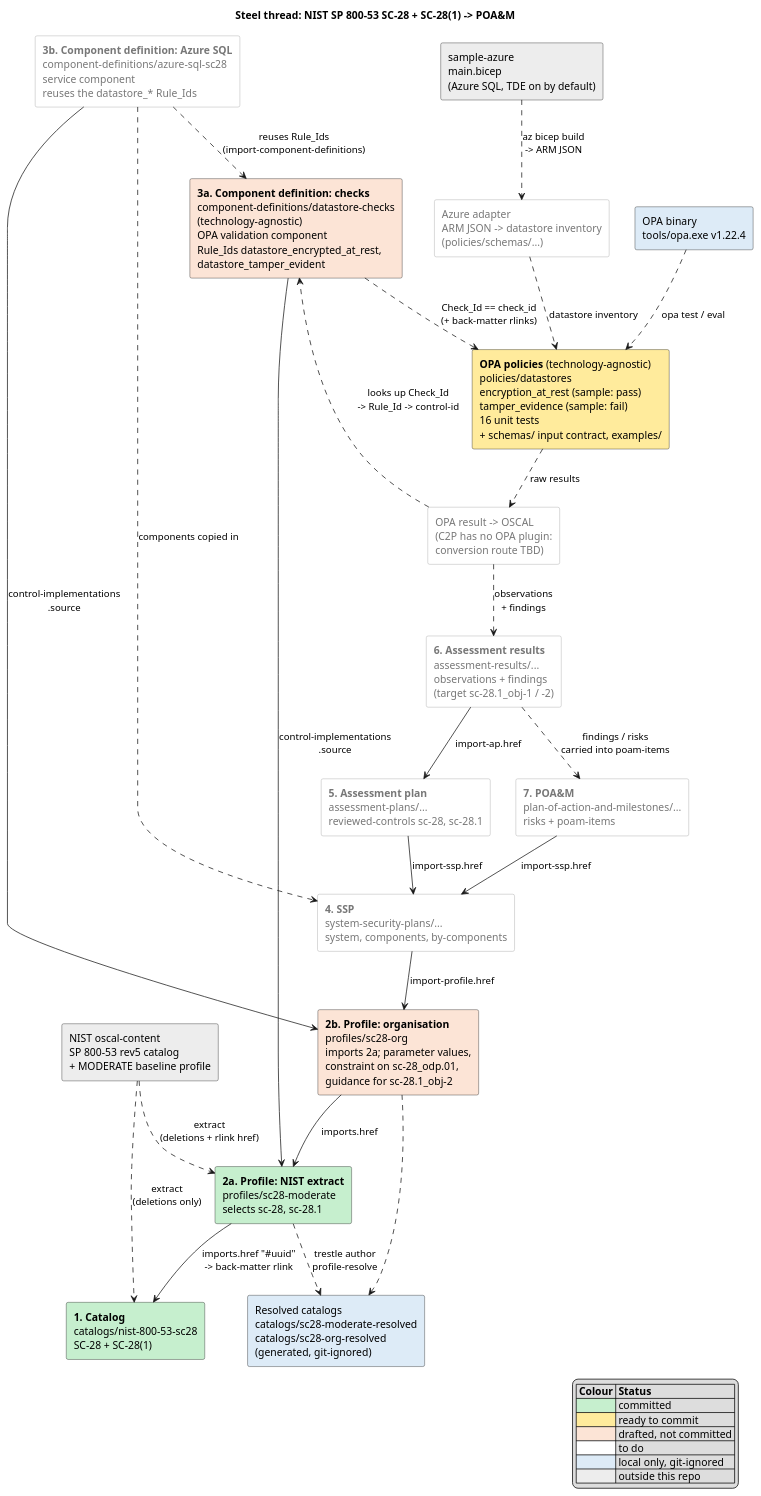
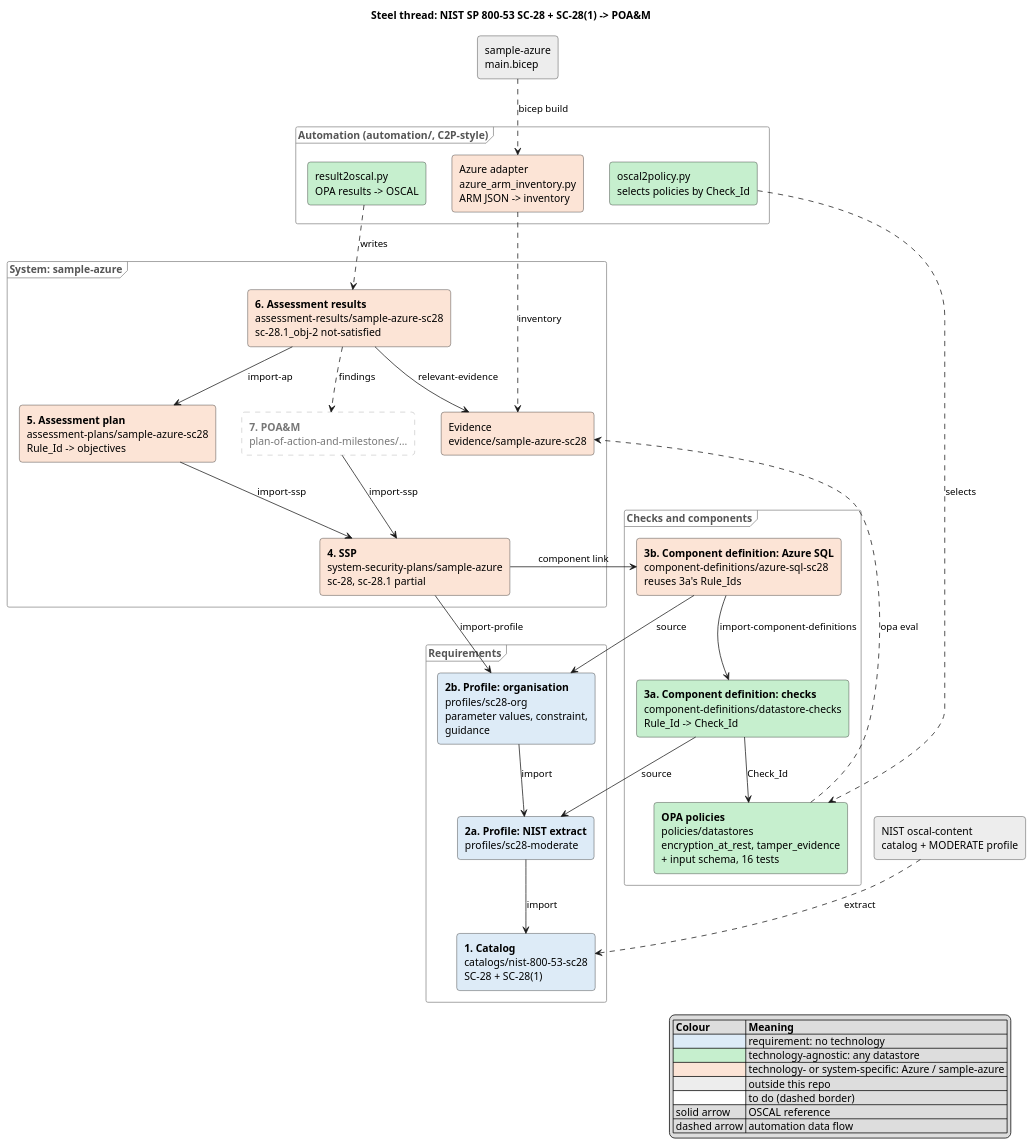
The diagram in diagrams/steel-thread.puml (wolffy-au/frictionless-sample-oscal), drawn with PlantUML before and after one commit.

Commit message:
Redraw steel thread diagram by layer
Colour shows requirement / technology-agnostic / Azure-specific; frames
show role; step 7 (POA&M) is marked to do. Commit-status colours and
local-only boxes removed.

```diff
--- a/diagrams/steel-thread.puml
+++ b/diagrams/steel-thread.puml
@@ -1,75 +1,88 @@
 @startuml steel-thread
-' Overview of the SC-28 / SC-28(1) steel thread: one box per artefact,
-' arrows = the OSCAL field that points each artefact at the previous one.
-' Update the <<status>> of each box as steps are committed.
+' Overview of the SC-28 / SC-28(1) steel thread.
+' Fill colour = how technology-specific a box is; frames = role.
+' Solid arrows are OSCAL references (the field named on the arrow);
+' dashed arrows are automation data flow.
+' Boxes not implemented yet use <<todo>> (white, grey dashed border).
+' Commit status is not shown: see git.
 title Steel thread: NIST SP 800-53 SC-28 + SC-28(1) -> POA&M
-hide circle
 hide stereotype
 skinparam rectangle {
-  BackgroundColor<<committed>> #C6EFCE
-  BackgroundColor<<ready>> #FFEB9C
-  BackgroundColor<<draft>> #FCE4D6
+  RoundCorner 8
+  BackgroundColor<<requirement>> #DDEBF7
+  BackgroundColor<<agnostic>> #C6EFCE
+  BackgroundColor<<specific>> #FCE4D6
+  BackgroundColor<<external>> #EDEDED
   BackgroundColor<<todo>> #FFFFFF
-  BackgroundColor<<external>> #EDEDED
-  BackgroundColor<<generated>> #DDEBF7
   BorderColor<<todo>> #999999
+  BorderStyle<<todo>> dashed
   FontColor<<todo>> #777777
+}
+skinparam frame {
+  BorderColor #888888
+  FontColor #555555
 }
 
 legend right
-  |= Colour |= Status |
-  |<#C6EFCE>| committed |
-  |<#FFEB9C>| ready to commit |
-  |<#FCE4D6>| drafted, not committed |
-  |<#FFFFFF>| to do |
-  |<#DDEBF7>| local only, git-ignored |
+  |= Colour |= Meaning |
+  |<#DDEBF7>| requirement: no technology |
+  |<#C6EFCE>| technology-agnostic: any datastore |
+  |<#FCE4D6>| technology- or system-specific: Azure / sample-azure |
   |<#EDEDED>| outside this repo |
+  |<#FFFFFF>| to do (dashed border) |
+  | solid arrow | OSCAL reference |
+  | dashed arrow | automation data flow |
 endlegend
 
-' ---- sources outside the repo ----
-rectangle "NIST oscal-content\nSP 800-53 rev5 catalog\n+ MODERATE baseline profile" as nist <<external>>
-rectangle "sample-azure\nmain.bicep\n(Azure SQL, TDE on by default)" as bicep <<external>>
+frame "Requirements" {
+  rectangle "**1. Catalog**\ncatalogs/nist-800-53-sc28\nSC-28 + SC-28(1)" as cat <<requirement>>
+  rectangle "**2a. Profile: NIST extract**\nprofiles/sc28-moderate" as prof <<requirement>>
+  rectangle "**2b. Profile: organisation**\nprofiles/sc28-org\nparameter values, constraint,\nguidance" as org <<requirement>>
+}
 
-' ---- OSCAL artefacts ----
-rectangle "**1. Catalog**\ncatalogs/nist-800-53-sc28\nSC-28 + SC-28(1)" as cat <<committed>>
-rectangle "**2a. Profile: NIST extract**\nprofiles/sc28-moderate\nselects sc-28, sc-28.1" as prof <<committed>>
-rectangle "**2b. Profile: organisation**\nprofiles/sc28-org\nimports 2a; parameter values,\nconstraint on sc-28_odp.01,\nguidance for sc-28.1_obj-2" as org <<draft>>
-rectangle "Resolved catalogs\ncatalogs/sc28-moderate-resolved\ncatalogs/sc28-org-resolved\n(generated, git-ignored)" as res <<generated>>
-rectangle "**3a. Component definition: checks**\ncomponent-definitions/datastore-checks\n(technology-agnostic)\nOPA validation component\nRule_Ids datastore_encrypted_at_rest,\ndatastore_tamper_evident" as cdx <<draft>>
-rectangle "**3b. Component definition: Azure SQL**\ncomponent-definitions/azure-sql-sc28\nservice component\nreuses the datastore_* Rule_Ids" as cd <<todo>>
-rectangle "**4. SSP**\nsystem-security-plans/...\nsystem, components, by-components" as ssp <<todo>>
-rectangle "**5. Assessment plan**\nassessment-plans/...\nreviewed-controls sc-28, sc-28.1" as ap <<todo>>
-rectangle "**6. Assessment results**\nassessment-results/...\nobservations + findings\n(target sc-28.1_obj-1 / -2)" as ar <<todo>>
-rectangle "**7. POA&M**\nplan-of-action-and-milestones/...\nrisks + poam-items" as poam <<todo>>
+frame "Checks and components" {
+  rectangle "**3a. Component definition: checks**\ncomponent-definitions/datastore-checks\nRule_Id -> Check_Id" as cdx <<agnostic>>
+  rectangle "**OPA policies**\npolicies/datastores\nencryption_at_rest, tamper_evidence\n+ input schema, 16 tests" as opa <<agnostic>>
+  rectangle "**3b. Component definition: Azure SQL**\ncomponent-definitions/azure-sql-sc28\nreuses 3a's Rule_Ids" as cd <<specific>>
+}
 
-' ---- automation ----
-rectangle "**OPA policies** (technology-agnostic)\npolicies/datastores\nencryption_at_rest (sample: pass)\ntamper_evidence (sample: fail)\n16 unit tests\n+ schemas/ input contract, examples/" as opa <<ready>>
-rectangle "OPA binary\ntools/opa.exe v1.22.4" as opabin <<generated>>
-rectangle "Azure adapter\nARM JSON -> datastore inventory\n(policies/schemas/...)" as adapter <<todo>>
-rectangle "OPA result -> OSCAL\n(C2P has no OPA plugin:\nconversion route TBD)" as conv <<todo>>
+frame "System: sample-azure" {
+  rectangle "**4. SSP**\nsystem-security-plans/sample-azure\nsc-28, sc-28.1 partial" as ssp <<specific>>
+  rectangle "**5. Assessment plan**\nassessment-plans/sample-azure-sc28\nRule_Id -> objectives" as ap <<specific>>
+  rectangle "**6. Assessment results**\nassessment-results/sample-azure-sc28\nsc-28.1_obj-2 not-satisfied" as ar <<specific>>
+  rectangle "**7. POA&M**\nplan-of-action-and-milestones/..." as poam <<todo>>
+  rectangle "Evidence\nevidence/sample-azure-sc28" as ev <<specific>>
+}
 
-' ---- references ----
-nist ..> cat : extract\n(deletions only)
-nist ..> prof : extract\n(deletions + rlink href)
-prof --> cat : imports.href "#uuid"\n-> back-matter rlink
-org --> prof : imports.href
-prof ..> res : trestle author\nprofile-resolve
-org ..> res
-cdx --> prof : control-implementations\n.source
-cd --> org : control-implementations\n.source
-cd ..> cdx : reuses Rule_Ids\n(import-component-definitions)
-ssp --> org : import-profile.href
-cd ..> ssp : components copied in
-ap --> ssp : import-ssp.href
-ar --> ap : import-ap.href
-poam --> ssp : import-ssp.href
-ar ..> poam : findings / risks\ncarried into poam-items
+frame "Automation (automation/, C2P-style)" {
+  rectangle "Azure adapter\nazure_arm_inventory.py\nARM JSON -> inventory" as adapter <<specific>>
+  rectangle "oscal2policy.py\nselects policies by Check_Id" as o2p <<agnostic>>
+  rectangle "result2oscal.py\nOPA results -> OSCAL" as conv <<agnostic>>
+}
 
-cdx ..> opa : Check_Id == check_id\n(+ back-matter rlinks)
-bicep ..> adapter : az bicep build\n-> ARM JSON
-adapter ..> opa : datastore inventory
-opabin ..> opa : opa test / eval
-opa ..> conv : raw results
-conv ..> ar : observations\n+ findings
-conv ..> cdx : looks up Check_Id\n-> Rule_Id -> control-id
+rectangle "NIST oscal-content\ncatalog + MODERATE profile" as nist <<external>>
+rectangle "sample-azure\nmain.bicep" as bicep <<external>>
+
+' ---- OSCAL references ----
+nist ..> cat : extract
+prof --> cat : import
+org --> prof : import
+cdx --> prof : source
+cd --> org : source
+cd --> cdx : import-component-definitions
+ssp --> org : import-profile
+ssp --> cd : component link
+ap --> ssp : import-ssp
+ar --> ap : import-ap
+ar --> ev : relevant-evidence
+poam --> ssp : import-ssp
+cdx --> opa : Check_Id
+
+' ---- automation data flow ----
+bicep ..> adapter : bicep build
+adapter ..> ev : inventory
+o2p ..> opa : selects
+opa ..> ev : opa eval
+conv ..> ar : writes
+ar ..> poam : findings
 @enduml
```
